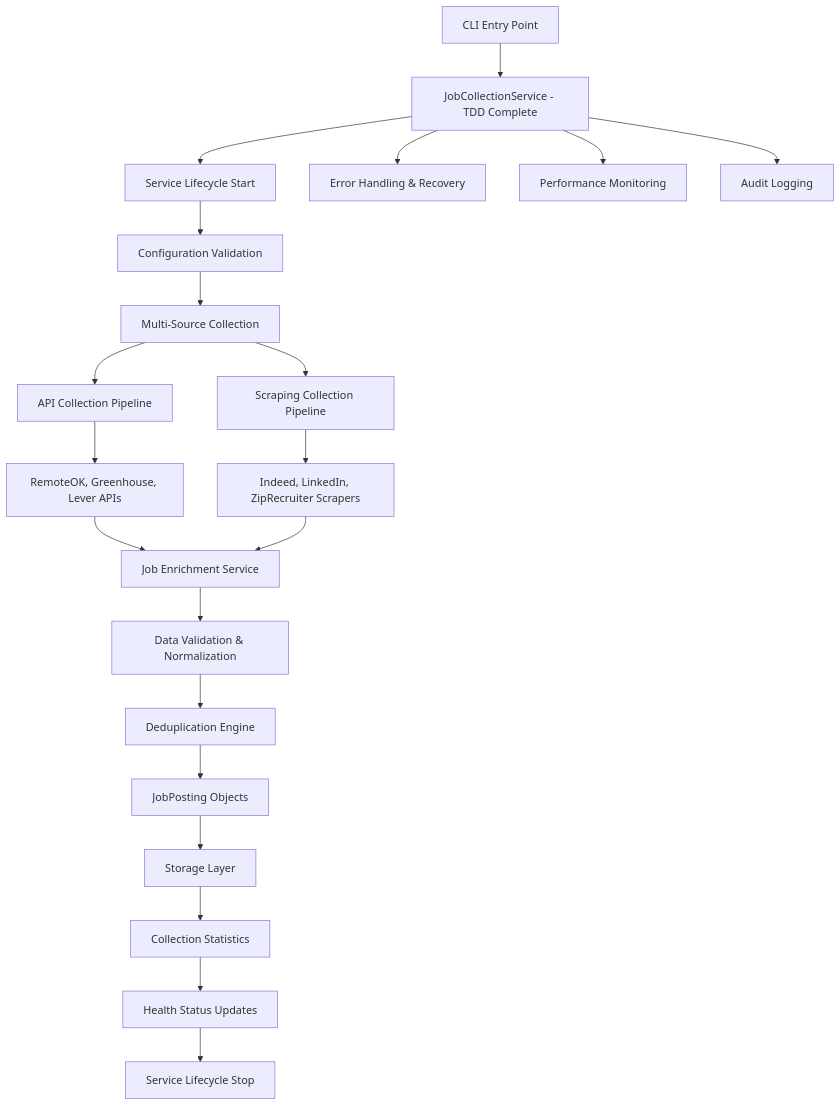
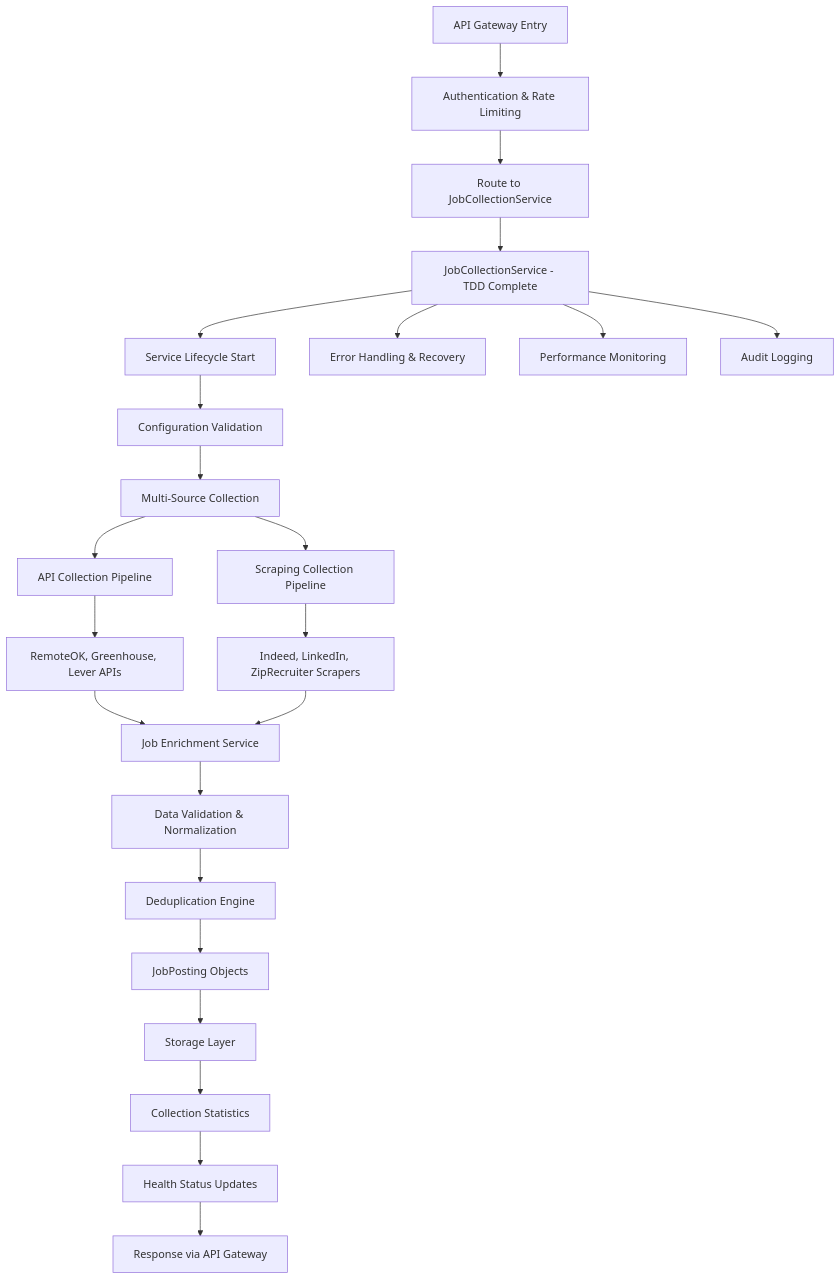
The second of 12 diagrams in docs/architecture/SYSTEM_ARCHITECTURE_WORKFLOWS.md (kevin-toles/tpm-job-finder-poc), drawn with Mermaid before and after one commit. The commit also changed other lines of this file and 29 other files, not shown here.

First line of the commit message:
feat: Add API Gateway service with comprehensive documentation updates

````diff
--- a/docs/architecture/SYSTEM_ARCHITECTURE_WORKFLOWS.md
+++ b/docs/architecture/SYSTEM_ARCHITECTURE_WORKFLOWS.md
@@ -23,24 +254,26 @@
 ```mermaid
 graph TD
-    A[CLI Entry Point] --> B[JobCollectionService - TDD Complete]
-    B --> C[Service Lifecycle Start]
-    C --> D[Configuration Validation]
-    D --> E[Multi-Source Collection]
-    E --> F[API Collection Pipeline]
-    E --> G[Scraping Collection Pipeline]
-    F --> H[RemoteOK, Greenhouse, Lever APIs]
-    G --> I[Indeed, LinkedIn, ZipRecruiter Scrapers]
-    H --> J[Job Enrichment Service]
-    I --> J
-    J --> K[Data Validation & Normalization]
-    K --> L[Deduplication Engine]
-    L --> M[JobPosting Objects]
-    M --> N[Storage Layer]
-    N --> O[Collection Statistics]
-    O --> P[Health Status Updates]
-    P --> Q[Service Lifecycle Stop]
+    A[API Gateway Entry] --> B[Authentication & Rate Limiting]
+    B --> C[Route to JobCollectionService]
+    C --> D[JobCollectionService - TDD Complete]
+    D --> E[Service Lifecycle Start]
+    E --> F[Configuration Validation]
+    F --> G[Multi-Source Collection]
+    G --> H[API Collection Pipeline]
+    G --> I[Scraping Collection Pipeline]
+    H --> J[RemoteOK, Greenhouse, Lever APIs]
+    I --> K[Indeed, LinkedIn, ZipRecruiter Scrapers]
+    J --> L[Job Enrichment Service]
+    K --> L
+    L --> M[Data Validation & Normalization]
+    M --> N[Deduplication Engine]
+    N --> O[JobPosting Objects]
+    O --> P[Storage Layer]
+    P --> Q[Collection Statistics]
+    Q --> R[Health Status Updates]
+    R --> S[Response via API Gateway]
     
-    B --> R[Error Handling & Recovery]
-    B --> S[Performance Monitoring]
-    B --> T[Audit Logging]
+    D --> T[Error Handling & Recovery]
+    D --> U[Performance Monitoring]
+    D --> V[Audit Logging]
 ```
````
